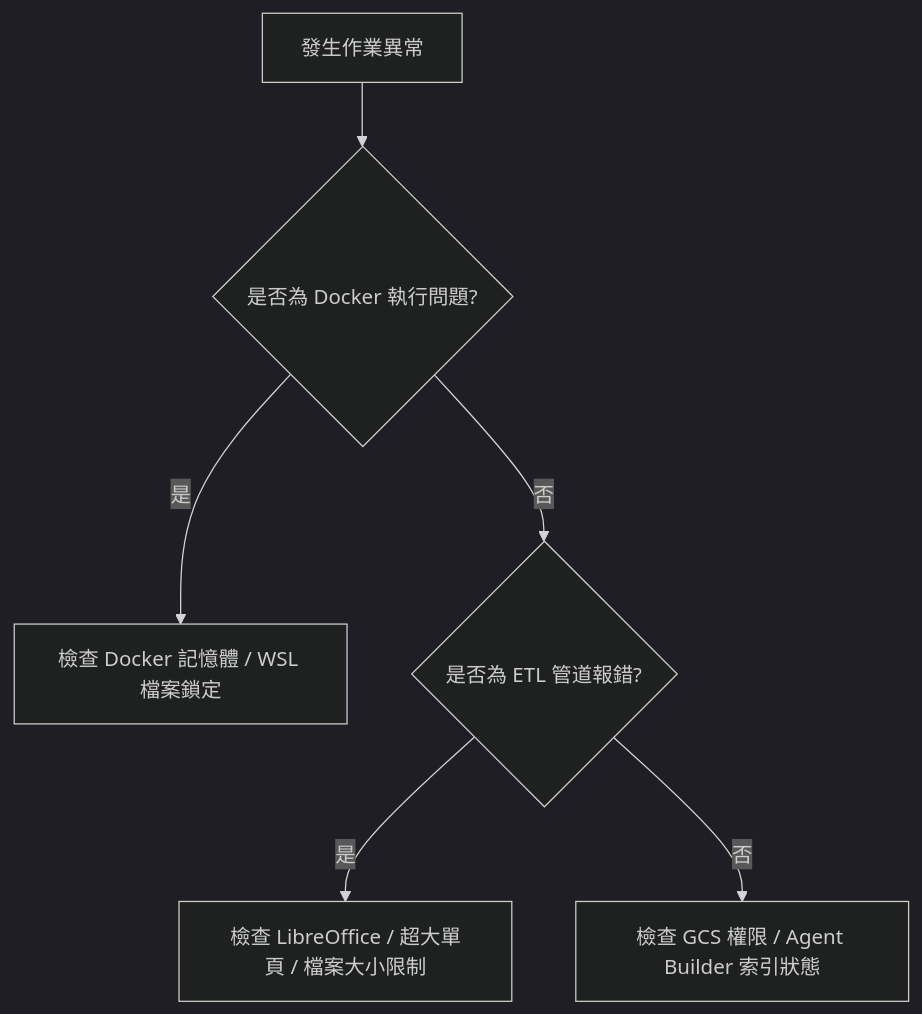
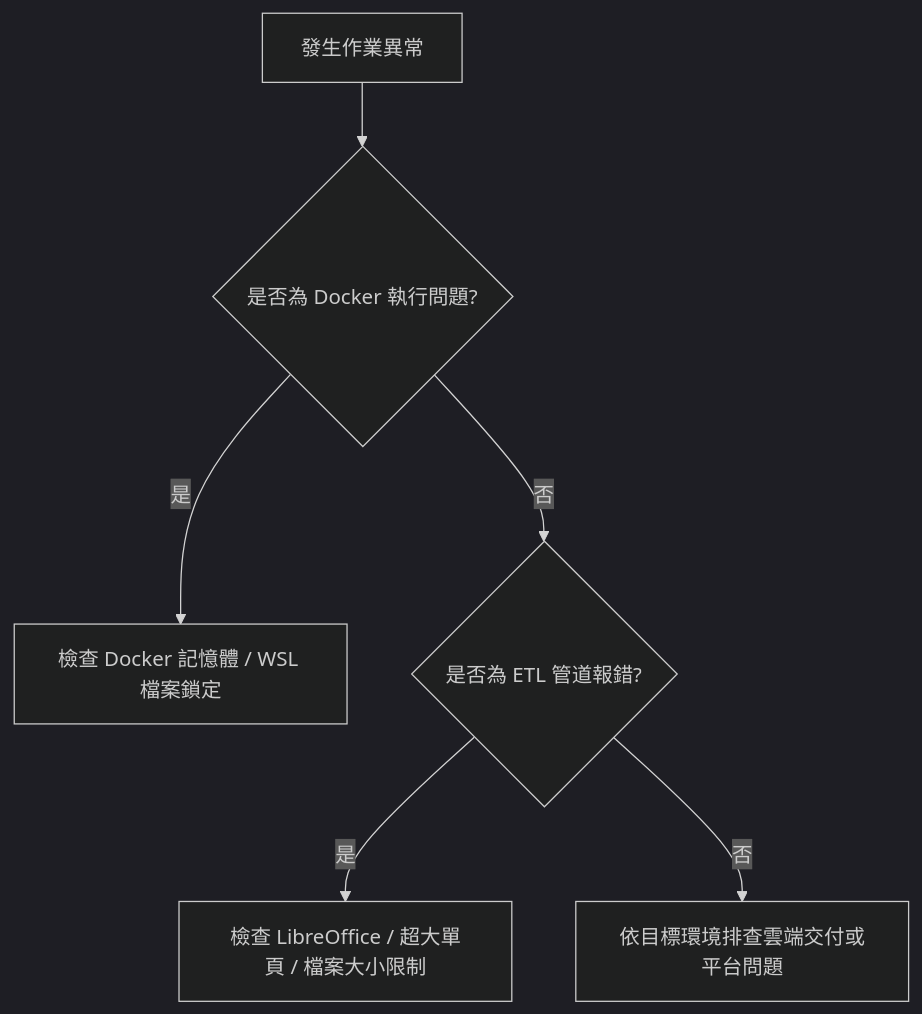
One commit to AEL-GROUP/TenderConversion changed the diagram in docs/sharepoint/02-ETL-and-operations/04-Support/Troubleshooting-and-faq.md. Above: the diagram before and after it, drawn with Mermaid (dark theme). The commit also changed other lines of this file and 20 other files, not shown here.

````diff
--- a/docs/sharepoint/02-ETL-and-operations/04-Support/Troubleshooting-and-faq.md
+++ b/docs/sharepoint/02-ETL-and-operations/04-Support/Troubleshooting-and-faq.md
@@ -19,8 +19,8 @@
 ```mermaid
 graph TD
     Issue[發生作業異常] --> IsDocker{是否為 Docker 執行問題?}
     IsDocker -->|是| CheckDocker[檢查 Docker 記憶體 / WSL 檔案鎖定]
     IsDocker -->|否| IsPipeline{是否為 ETL 管道報錯?}
     IsPipeline -->|是| CheckPipeline[檢查 LibreOffice / 超大單頁 / 檔案大小限制]
-    IsPipeline -->|否| CheckCloud[檢查 GCS 權限 / Agent Builder 索引狀態]
+    IsPipeline -->|否| CheckCloud[依目標環境排查雲端交付或平台問題]
 ```
````
